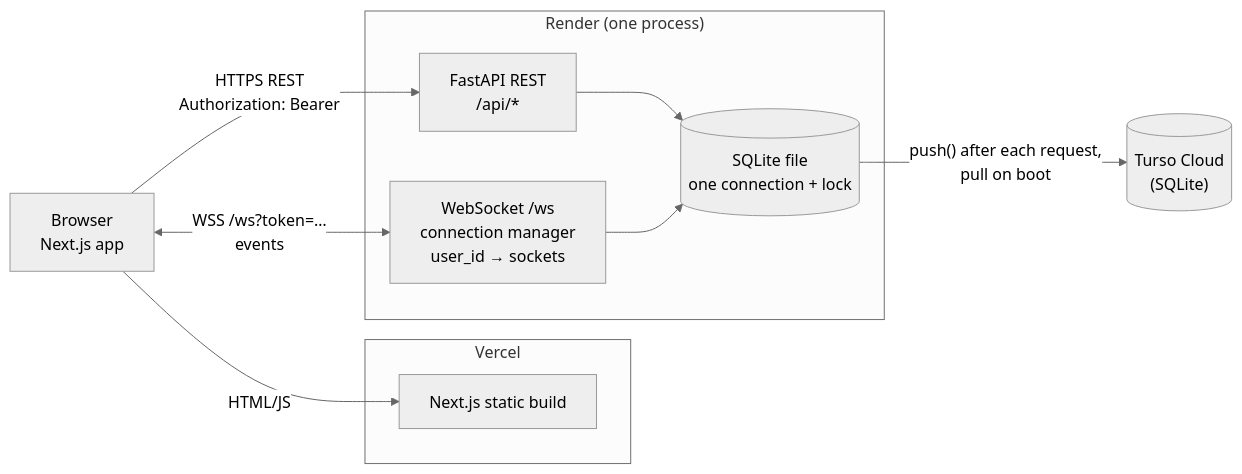
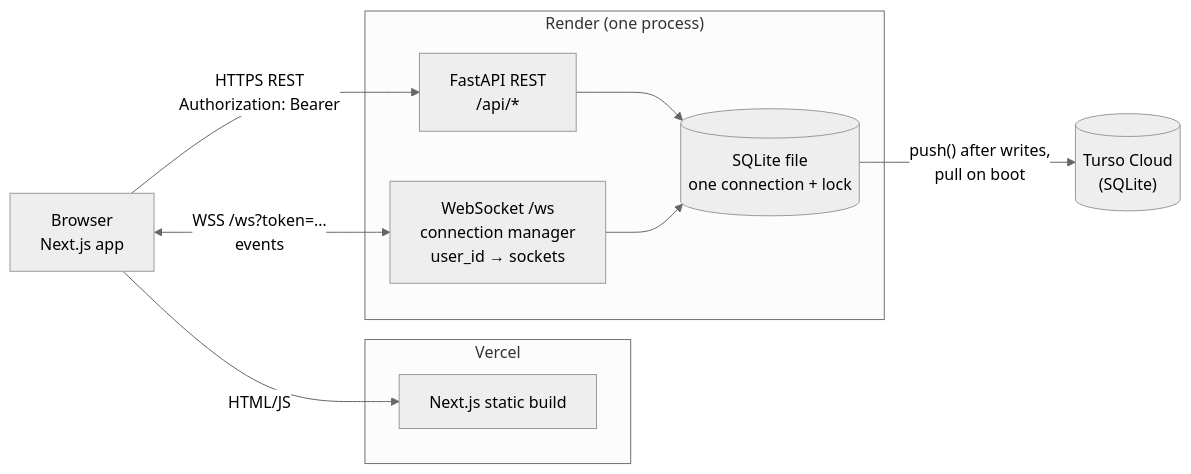
One commit to VanshGupta18/signal-clone changed the first of 2 diagrams in README.md. Above: the diagram before and after it, drawn with Mermaid (neutral theme). The commit also changed other lines of this file and 32 other files, not shown here.

````diff
--- a/README.md
+++ b/README.md
@@ -82,20 +82,20 @@
 ```mermaid
 flowchart LR
     B["Browser<br/>Next.js app"]
     subgraph Vercel
         F["Next.js static build"]
     end
     subgraph Render["Render (one process)"]
         API["FastAPI REST<br/>/api/*"]
         WS["WebSocket /ws<br/>connection manager<br/>user_id → sockets"]
         DB[("SQLite file<br/>one connection + lock")]
     end
     T[("Turso Cloud<br/>(SQLite)")]
 
     B -- "HTML/JS" --> F
     B -- "HTTPS REST<br/>Authorization: Bearer" --> API
     B <-- "WSS /ws?token=…<br/>events" --> WS
     API --> DB
     WS --> DB
-    DB -- "push() after each request,<br/>pull on boot" --> T
+    DB -- "push() after writes,<br/>pull on boot" --> T
 ```
````
